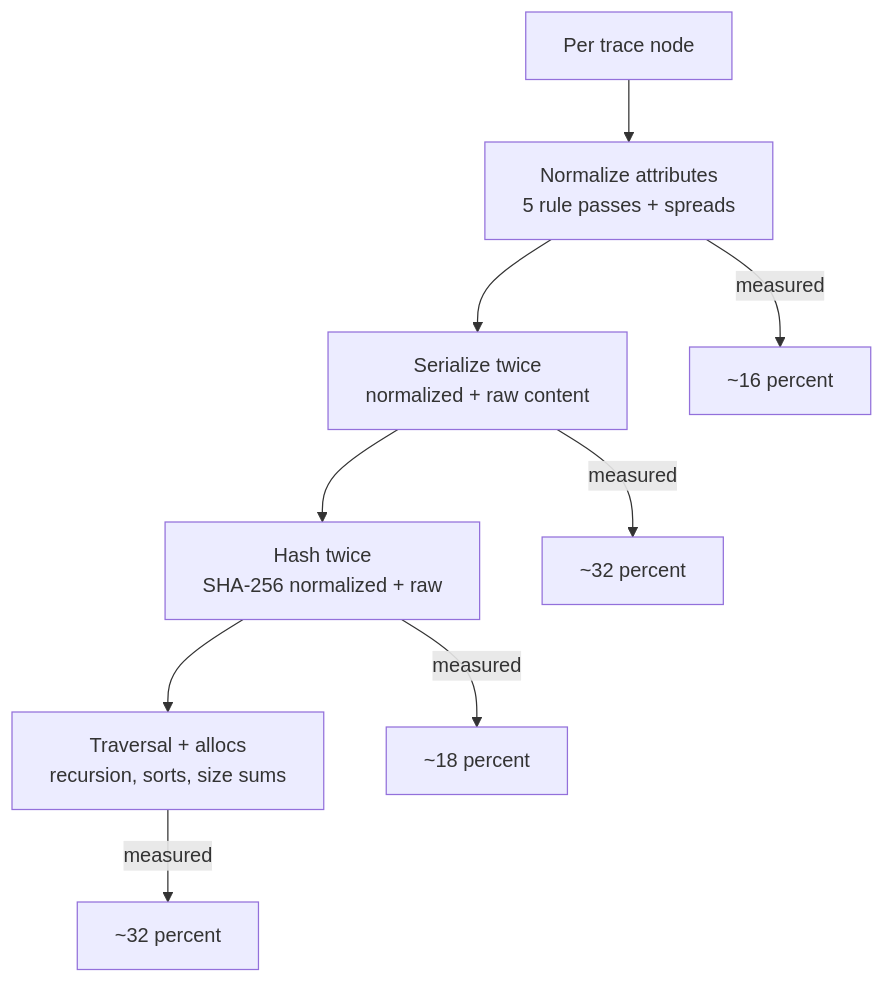
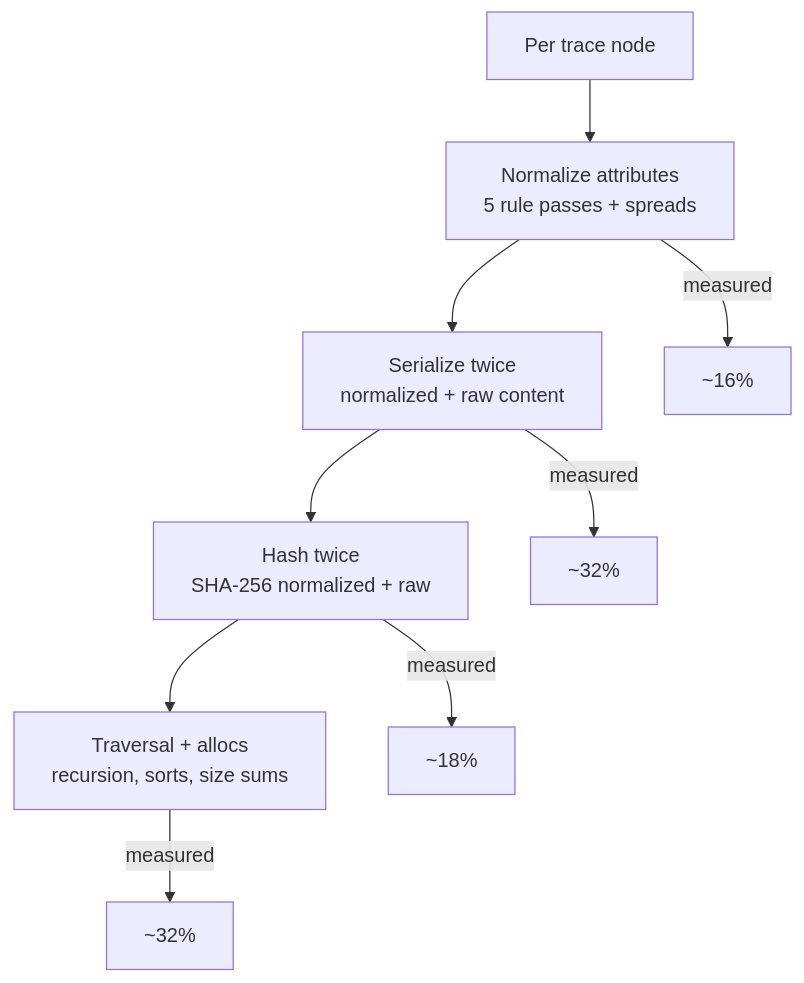
The diagram in docs/developers.md (marsyg/TraceDiff), drawn with Mermaid before and after one commit. The commit also changed other lines of this file and 3 other files, not shown here.

Commit message:
fix(docs): resolve mermaid rendering on Jekyll and update navigation links

````diff
--- a/docs/developers.md
+++ b/docs/developers.md
@@ -12,11 +12,11 @@
 ```mermaid
 flowchart TD
-  N[Per trace node] --> R[Normalize attributes<br/>5 rule passes + spreads]
-  R --> S[Serialize twice<br/>normalized + raw content]
-  S --> H[Hash twice<br/>SHA-256 normalized + raw]
-  H --> T[Traversal + allocs<br/>recursion, sorts, size sums]
-  R -->|measured| R1[~16 percent]
-  S -->|measured| S1[~32 percent]
-  H -->|measured| H1[~18 percent]
-  T -->|measured| T1[~32 percent]
+  N["Per trace node"] --> R["Normalize attributes<br/>5 rule passes + spreads"]
+  R --> S["Serialize twice<br/>normalized + raw content"]
+  S --> H["Hash twice<br/>SHA-256 normalized + raw"]
+  H --> T["Traversal + allocs<br/>recursion, sorts, size sums"]
+  R -->|measured| R1["~16%"]
+  S -->|measured| S1["~32%"]
+  H -->|measured| H1["~18%"]
+  T -->|measured| T1["~32%"]
 ```
````
